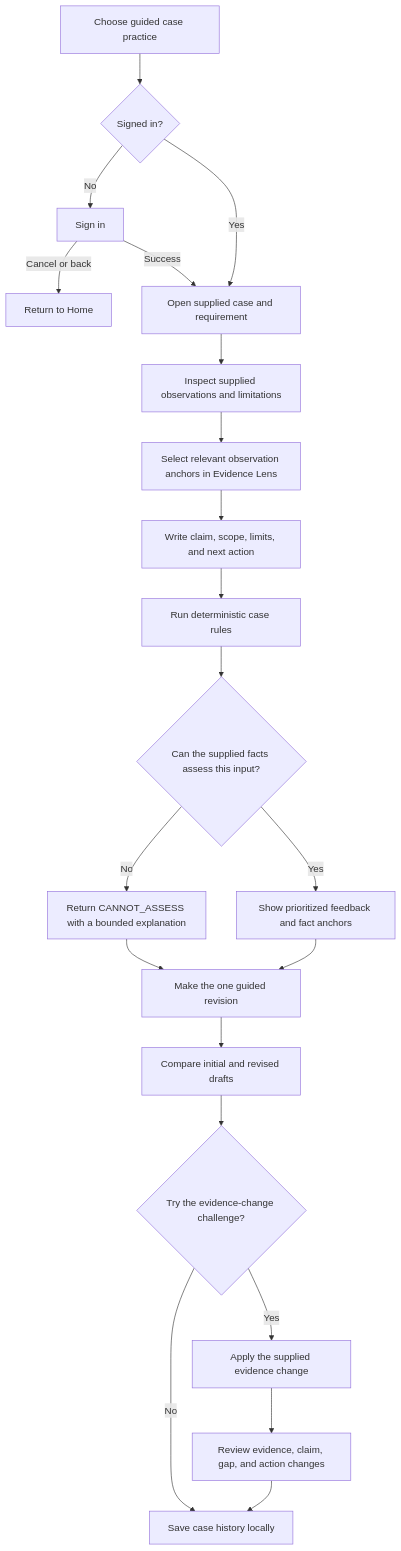
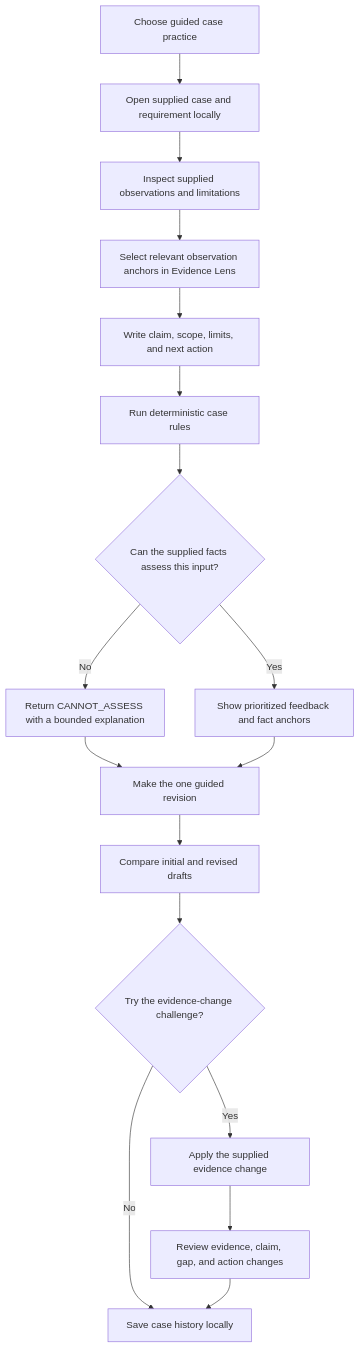
The sixth of 12 diagrams in docs/product/workflows.md (AndroLay/evidrilo), drawn with Mermaid before and after one commit. The commit also changed other lines of this file and 188 other files, not shown here.

```diff
--- a/docs/product/workflows.md
+++ b/docs/product/workflows.md
@@ -323,23 +345,19 @@
 ~~~mermaid
 flowchart TD
-    Entry[Choose guided case practice] --> Auth{Signed in?}
-    Auth -->|No| SignIn[Sign in]
-    SignIn -->|Cancel or back| Home[Return to Home]
-    SignIn -->|Success| Case[Open supplied case and requirement]
-    Auth -->|Yes| Case
+    Entry[Choose guided case practice] --> Case[Open supplied case and requirement locally]
     Case --> Facts[Inspect supplied observations and limitations]
     Facts --> Select[Select relevant observation anchors in Evidence Lens]
     Select --> Draft[Write claim, scope, limits, and next action]
     Draft --> Evaluate[Run deterministic case rules]
     Evaluate --> Assess{Can the supplied facts assess this input?}
     Assess -->|No| Abstain[Return CANNOT_ASSESS with a bounded explanation]
     Assess -->|Yes| Feedback[Show prioritized feedback and fact anchors]
     Abstain --> Revise[Make the one guided revision]
     Feedback --> Revise
     Revise --> Compare[Compare initial and revised drafts]
     Compare --> Challenge{Try the evidence-change challenge?}
     Challenge -->|No| History[Save case history locally]
     Challenge -->|Yes| Change[Apply the supplied evidence change]
     Change --> Delta[Review evidence, claim, gap, and action changes]
     Delta --> History
 ~~~
```
